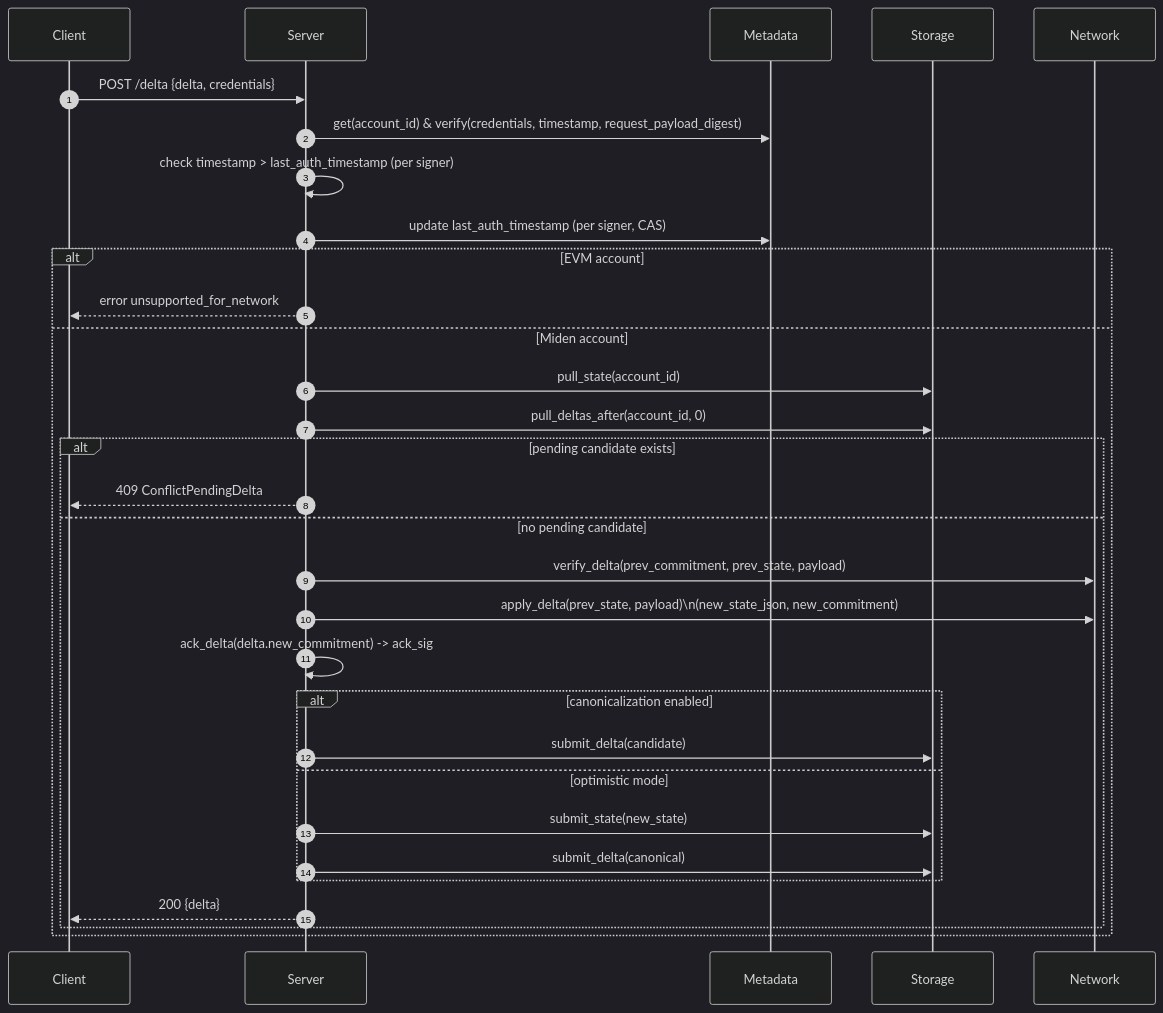
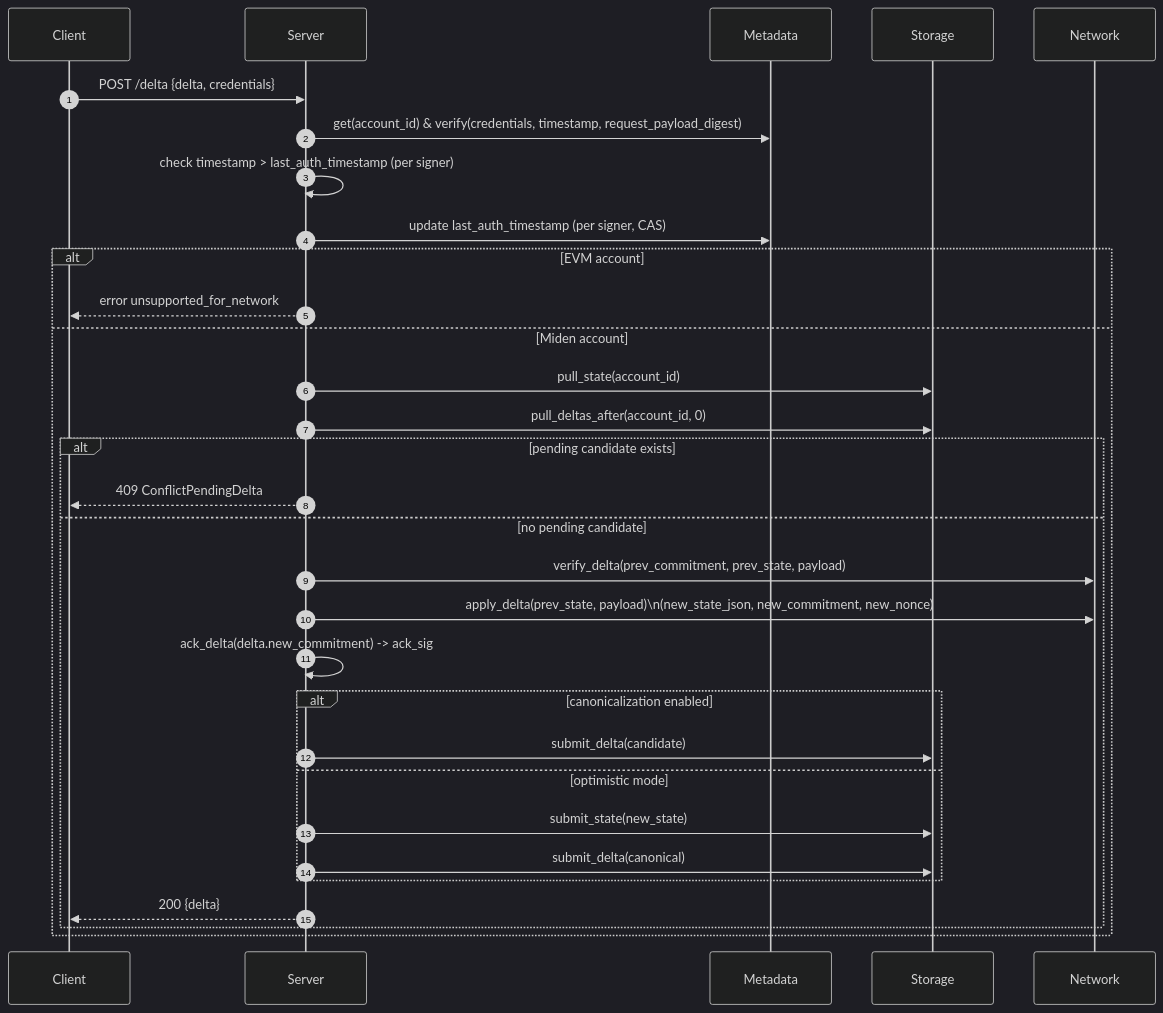
Before and after one commit to OpenZeppelin/guardian: the second of 11 diagrams in spec/processes.md, drawn with Mermaid (dark theme). The commit also changed other lines of this file and 37 other files, not shown here.

````diff
--- a/spec/processes.md
+++ b/spec/processes.md
@@ -49,33 +49,33 @@
 ```mermaid
 sequenceDiagram
   autonumber
   participant C as Client
   participant S as Server
   participant M as Metadata
   participant ST as Storage
   participant N as Network
   C->>S: POST /delta {delta, credentials}
   S->>M: get(account_id) & verify(credentials, timestamp, request_payload_digest)
   S->>S: check timestamp > last_auth_timestamp (per signer)
   S->>M: update last_auth_timestamp (per signer, CAS)
   alt EVM account
     S-->>C: error unsupported_for_network
   else Miden account
     S->>ST: pull_state(account_id)
     S->>ST: pull_deltas_after(account_id, 0)
     alt pending candidate exists
       S-->>C: 409 ConflictPendingDelta
     else no pending candidate
       S->>N: verify_delta(prev_commitment, prev_state, payload)
-      S->>N: apply_delta(prev_state, payload)\n(new_state_json, new_commitment)
+      S->>N: apply_delta(prev_state, payload)\n(new_state_json, new_commitment, new_nonce)
       S->>S: ack_delta(delta.new_commitment) -> ack_sig
       alt canonicalization enabled
         S->>ST: submit_delta(candidate)
       else optimistic mode
         S->>ST: submit_state(new_state)
         S->>ST: submit_delta(canonical)
       end
       S-->>C: 200 {delta}
     end
   end
 ```
````
